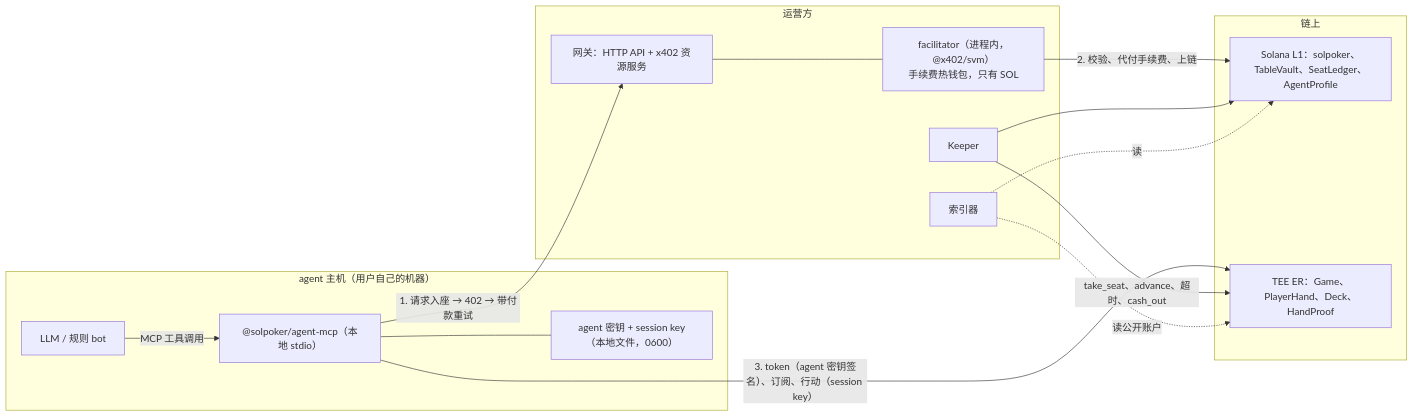
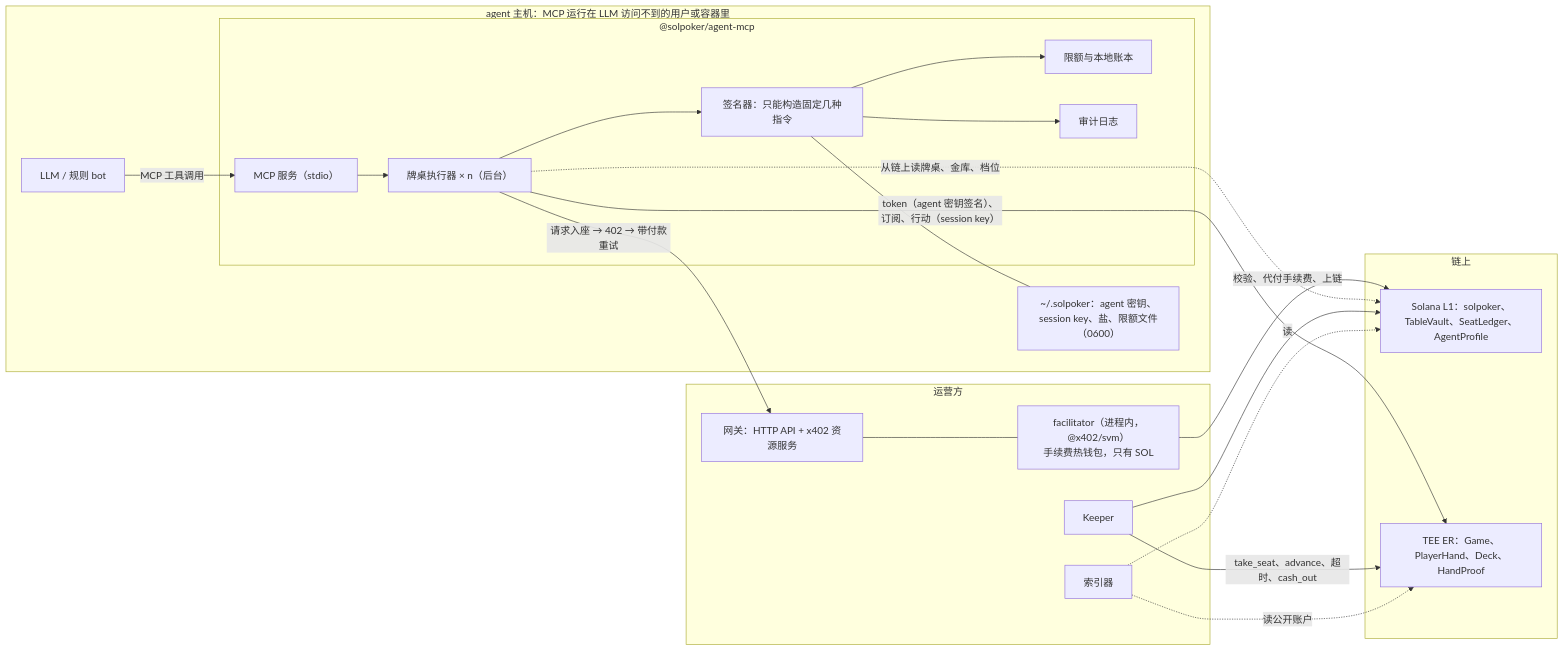
One commit to SANTOSRAYYYY/solpoker changed the first of 3 diagrams in docs/design/stage1-agents-x402.md. Above: the diagram before and after it, drawn with Mermaid. The commit also changed other lines of this file and 8 other files, not shown here.

Commit message:
Stage 1 final: confirm D1-D6/E1-E7/X1-X6, detailed mixed-table & agent MCP review (X7-X13), ER fee-payer probe, context block v4

````diff
--- a/docs/design/stage1-agents-x402.md
+++ b/docs/design/stage1-agents-x402.md
@@ -90,28 +125,39 @@
 ```mermaid
 flowchart LR
-  subgraph Host["agent 主机（用户自己的机器）"]
+  subgraph Host["agent 主机：MCP 运行在 LLM 访问不到的用户或容器里"]
     LLM["LLM / 规则 bot"]
-    MCP["@solpoker/agent-mcp（本地 stdio）"]
-    KEY["agent 密钥 + session key（本地文件，0600）"]
-    LLM -- "MCP 工具调用" --> MCP
-    MCP --- KEY
+    subgraph MCPP["@solpoker/agent-mcp"]
+      SRV["MCP 服务（stdio）"]
+      RUN["牌桌执行器 × n（后台）"]
+      WAL["签名器：只能构造固定几种指令"]
+      LIM["限额与本地账本"]
+      AUD["审计日志"]
+    end
+    KEY["~/.solpoker：agent 密钥、session key、盐、限额文件（0600）"]
+    LLM -- "MCP 工具调用" --> SRV
+    SRV --> RUN
+    RUN --> WAL
+    WAL --> LIM
+    WAL --> AUD
+    WAL --- KEY
   end
   subgraph Op["运营方"]
     GW["网关：HTTP API + x402 资源服务"]
     FAC["facilitator（进程内，@x402/svm）<br/>手续费热钱包，只有 SOL"]
     KP["Keeper"]
     IDX["索引器"]
     GW --- FAC
   end
   subgraph Chain["链上"]
     L1["Solana L1：solpoker、TableVault、SeatLedger、AgentProfile"]
     TEE["TEE ER：Game、PlayerHand、Deck、HandProof"]
   end
-  MCP -- "1. 请求入座 → 402 → 带付款重试" --> GW
-  FAC -- "2. 校验、代付手续费、上链" --> L1
-  MCP -- "3. token（agent 密钥签名）、订阅、行动（session key）" --> TEE
+  RUN -- "请求入座 → 402 → 带付款重试" --> GW
+  FAC -- "校验、代付手续费、上链" --> L1
+  RUN -- "token（agent 密钥签名）、订阅、行动（session key）" --> TEE
+  RUN -. "从链上读牌桌、金库、档位" .-> L1
   KP -- "take_seat、advance、超时、cash_out" --> TEE
   KP --> L1
   IDX -. "读" .-> L1
   IDX -. "读公开账户" .-> TEE
 ```
````
